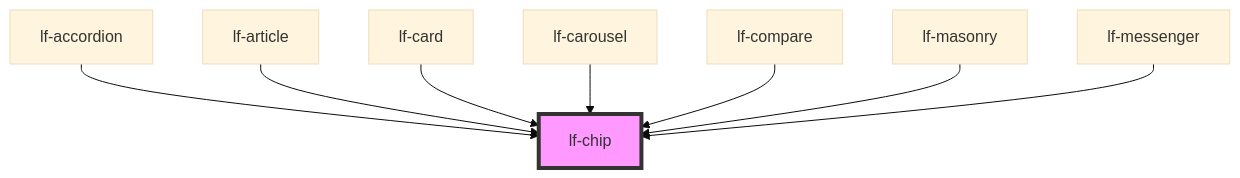
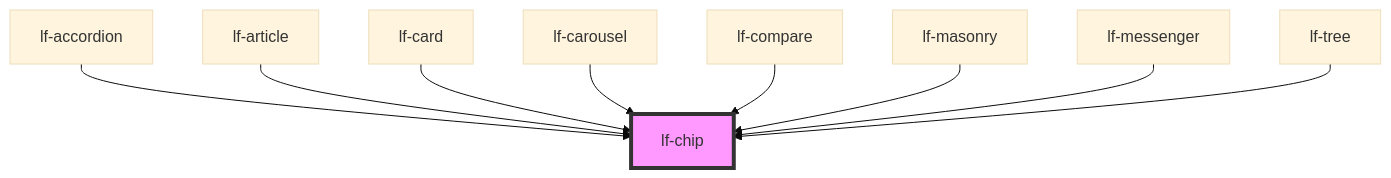
Before and after one commit to lucafoscili/lf-widgets: the diagram in packages/core/src/components/lf-chip/readme.md, drawn with Mermaid (base theme). The commit also changed other lines of this file and 17 other files, not shown here.

````diff
--- a/packages/core/src/components/lf-chip/readme.md
+++ b/packages/core/src/components/lf-chip/readme.md
@@ -146,11 +147,12 @@
 ```mermaid
 graph TD;
   lf-accordion --> lf-chip
   lf-article --> lf-chip
   lf-card --> lf-chip
   lf-carousel --> lf-chip
   lf-compare --> lf-chip
   lf-masonry --> lf-chip
   lf-messenger --> lf-chip
+  lf-tree --> lf-chip
   style lf-chip fill:#f9f,stroke:#333,stroke-width:4px
 ```
````
